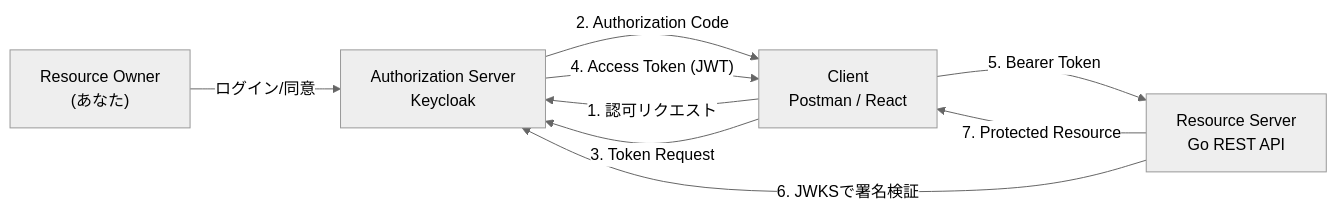
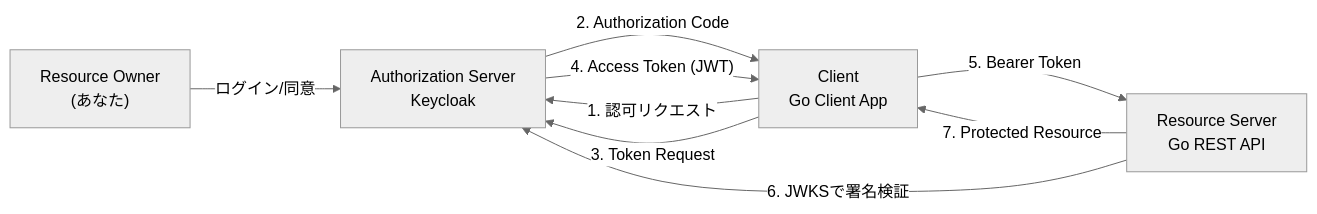
Before and after one commit to sokoide/workshop: the diagram in infra/oauth2_ja.md, drawn with Mermaid (neutral theme). The commit also changed other lines of this file and 4 other files, not shown here.

````diff
--- a/infra/oauth2_ja.md
+++ b/infra/oauth2_ja.md
@@ -50,11 +50,11 @@
 ```mermaid
 graph LR
     RO["Resource Owner<br>(あなた)"] -->|ログイン/同意| AS["Authorization Server<br>Keycloak"]
-    CL["Client<br>Postman / React"] -->|1. 認可リクエスト| AS
+    CL["Client<br>Go Client App"] -->|1. 認可リクエスト| AS
     AS -->|2. Authorization Code| CL
     CL -->|3. Token Request| AS
     AS -->|"4. Access Token (JWT)"| CL
     CL -->|5. Bearer Token| RS["Resource Server<br>Go REST API"]
     RS -->|6. JWKSで署名検証| AS
     RS -->|7. Protected Resource| CL
 ```
````
